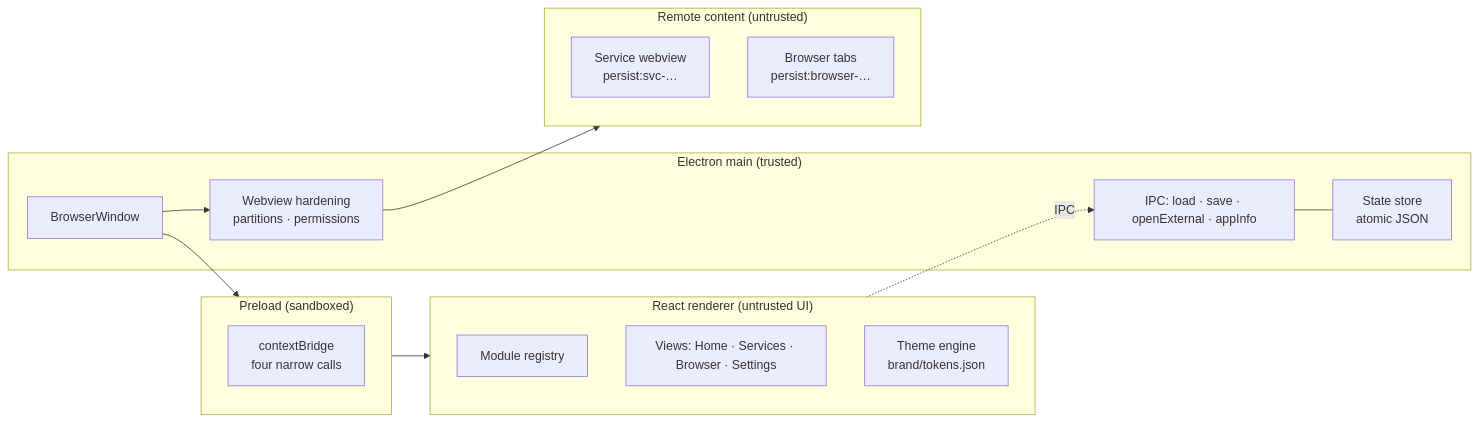
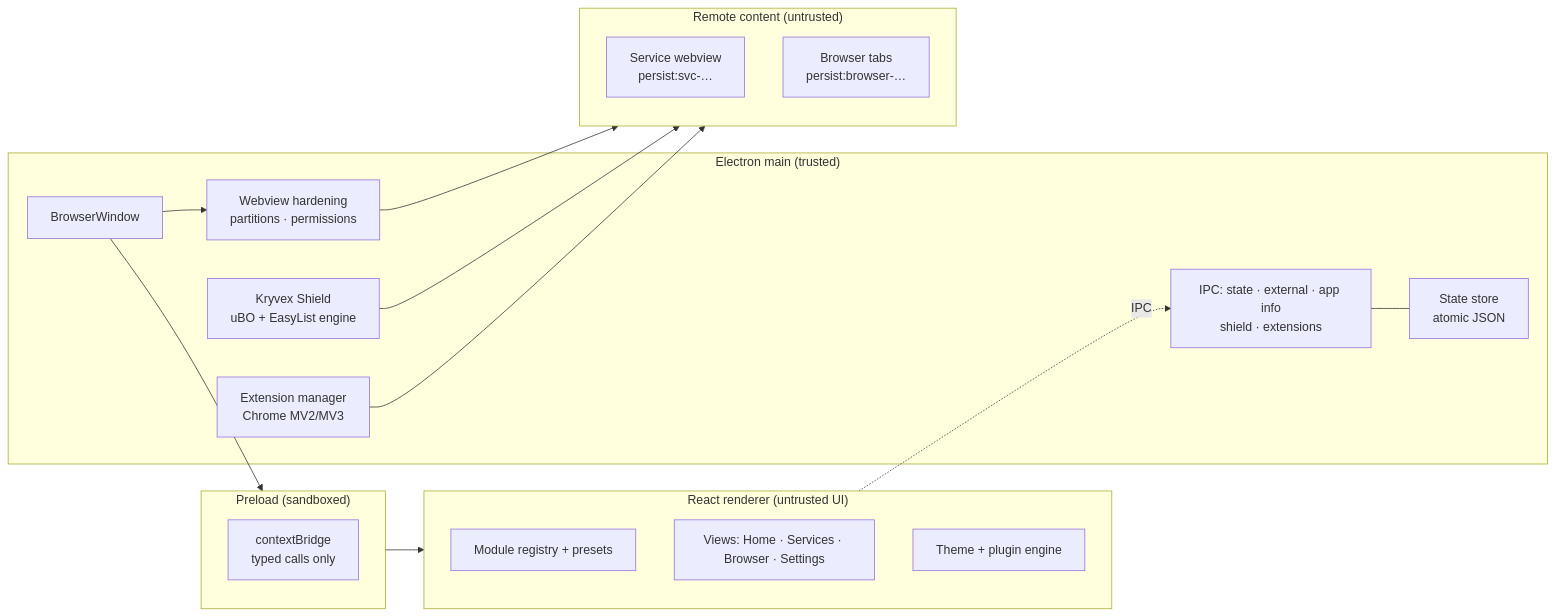
Before and after one commit to XiONDiGiTaL/Kryvex: the diagram in README.md, drawn with Mermaid. The commit also changed other lines of this file and 71 other files, not shown here.

````diff
--- a/README.md
+++ b/README.md
@@ -176,27 +357,31 @@
 ```mermaid
 flowchart LR
   subgraph Main["Electron main (trusted)"]
     W[BrowserWindow]
     S[State store<br/>atomic JSON]
     H[Webview hardening<br/>partitions · permissions]
-    I[IPC: load · save · openExternal · appInfo]
+    I[IPC: state · external · app info<br/>shield · extensions]
+    F[Kryvex Shield<br/>uBO + EasyList engine]
+    X[Extension manager<br/>Chrome MV2/MV3]
   end
   subgraph Preload["Preload (sandboxed)"]
-    B[contextBridge<br/>four narrow calls]
+    B[contextBridge<br/>typed calls only]
   end
   subgraph Renderer["React renderer (untrusted UI)"]
-    R[Module registry]
+    R[Module registry + presets]
     V[Views: Home · Services · Browser · Settings]
-    T[Theme engine<br/>brand/tokens.json]
+    T[Theme + plugin engine]
   end
   subgraph Content["Remote content (untrusted)"]
     M1[Service webview<br/>persist:svc-…]
     M2[Browser tabs<br/>persist:browser-…]
   end
   W --> Preload
   Preload --> Renderer
   I --- S
   W --> H
   H --> Content
+  F --> Content
+  X --> Content
   Renderer -.IPC.-> I
 ```
````
